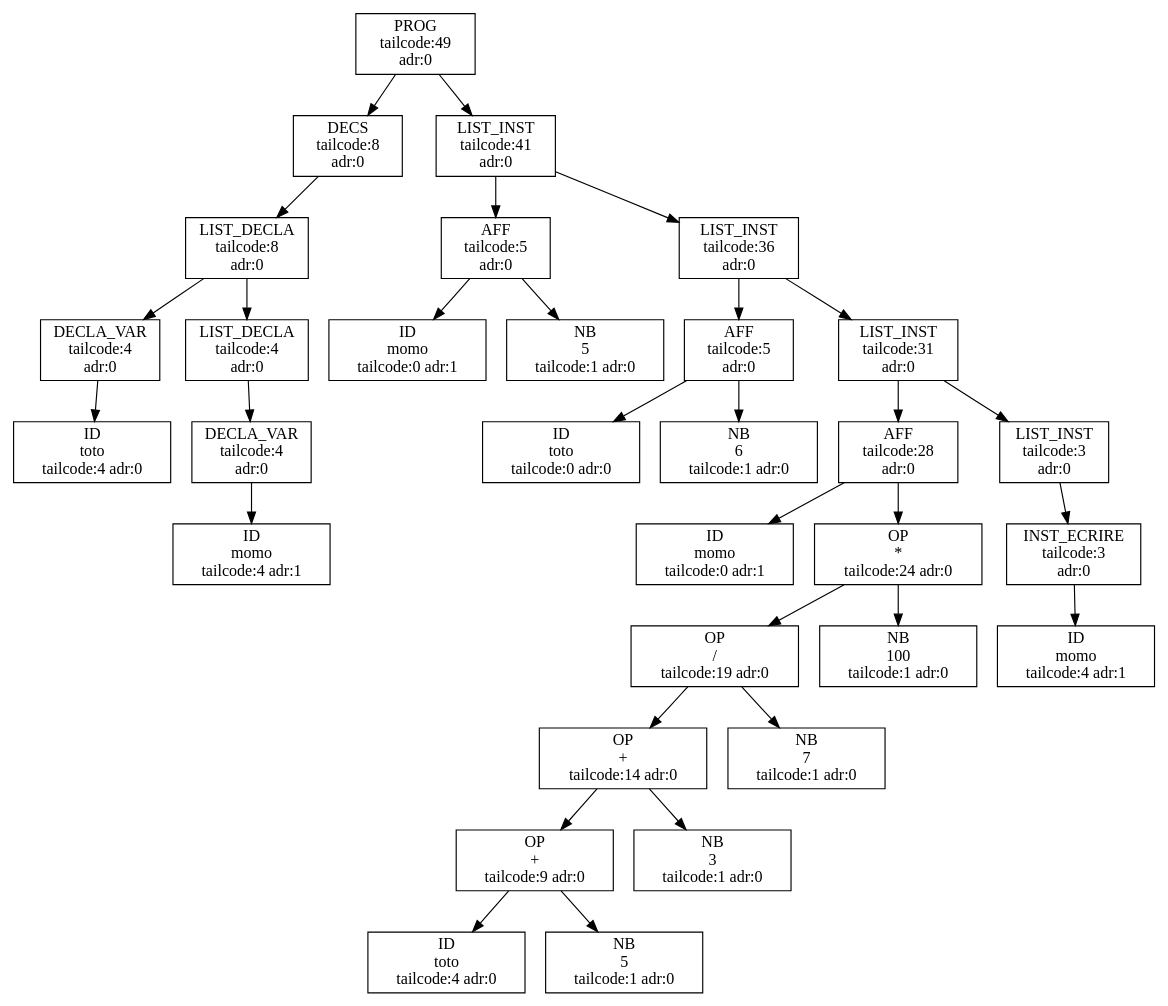
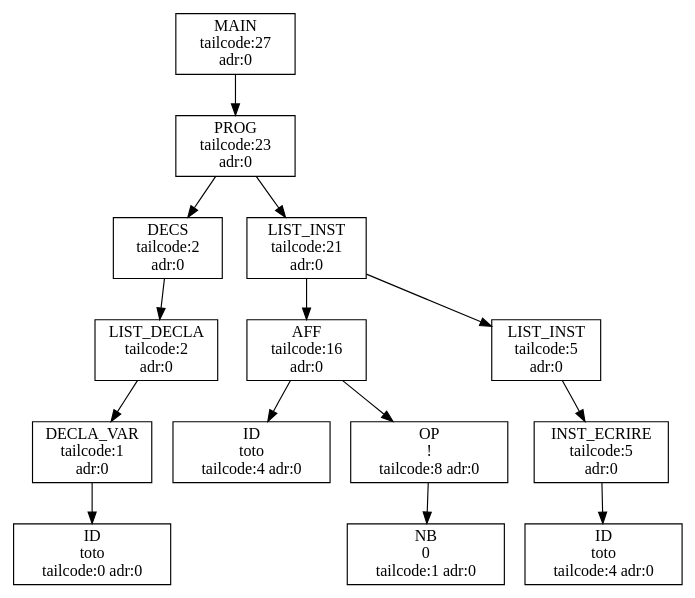
The diagram in out/output.dot (aswailem195/Projet-ARC--Algo-RAM-Compiler--20231213), drawn with Graphviz before and after one commit. The commit also changed 22 other files, not shown here.

```diff
--- a/out/output.dot
+++ b/out/output.dot
@@ -1,108 +1,52 @@
 digraph ASA {
-node0x55aacb81de70 [label="PROG
- tailcode:49 
+node0x56100f620a30 [label="MAIN
+ tailcode:27 
  adr:0 \n", shape=box];
-node0x55aacb81de70 -> node0x55aacb81d870;
-node0x55aacb81d870 [label="DECS
- tailcode:8 
+node0x56100f620a30 -> node0x56100f6209f0;
+node0x56100f6209f0 [label="PROG
+ tailcode:23 
  adr:0 \n", shape=box];
-node0x55aacb81d870 -> node0x55aacb81d830;
-node0x55aacb81d830 [label="LIST_DECLA
- tailcode:8 
+node0x56100f6209f0 -> node0x56100f6207b0;
+node0x56100f6207b0 [label="DECS
+ tailcode:2 
  adr:0 \n", shape=box];
-node0x55aacb81d830 -> node0x55aacb81d6f0;
-node0x55aacb81d6f0 [label="DECLA_VAR
- tailcode:4 
+node0x56100f6207b0 -> node0x56100f620770;
+node0x56100f620770 [label="LIST_DECLA
+ tailcode:2 
  adr:0 \n", shape=box];
-node0x55aacb81d6f0 -> node0x55aacb81d730;
-node0x55aacb81d730 [label="ID\ntoto
+node0x56100f620770 -> node0x56100f6206f0;
+node0x56100f6206f0 [label="DECLA_VAR
+ tailcode:1 
+ adr:0 \n", shape=box];
+node0x56100f6206f0 -> node0x56100f620730;
+node0x56100f620730 [label="ID\ntoto
+ tailcode:0 adr:0 \n", shape=box];
+node0x56100f6209f0 -> node0x56100f6209b0;
+node0x56100f6209b0 [label="LIST_INST
+ tailcode:21 
+ adr:0 \n", shape=box];
+node0x56100f6209b0 -> node0x56100f620870;
+node0x56100f620870 [label="AFF
+ tailcode:16 
+ adr:0 \n", shape=box];
+node0x56100f620870 -> node0x56100f6208b0;
+node0x56100f6208b0 [label="ID\ntoto
  tailcode:4 adr:0 \n", shape=box];
-node0x55aacb81d830 -> node0x55aacb81d7f0;
-node0x55aacb81d7f0 [label="LIST_DECLA
- tailcode:4 
- adr:0 \n", shape=box];
-node0x55aacb81d7f0 -> node0x55aacb81d770;
-node0x55aacb81d770 [label="DECLA_VAR
- tailcode:4 
- adr:0 \n", shape=box];
-node0x55aacb81d770 -> node0x55aacb81d7b0;
-node0x55aacb81d7b0 [label="ID\nmomo
- tailcode:4 adr:1 \n", shape=box];
-node0x55aacb81de70 -> node0x55aacb81de30;
-node0x55aacb81de30 [label="LIST_INST
- tailcode:41 
- adr:0 \n", shape=box];
-node0x55aacb81de30 -> node0x55aacb81d8f0;
-node0x55aacb81d8f0 [label="AFF
+node0x56100f620870 -> node0x56100f620830;
+node0x56100f620830 [label="OP\n! 
+ tailcode:8 adr:0 \n", shape=box];
+node0x56100f620830 -> node0x56100f6207f0;
+node0x56100f6207f0 [label="NB\n0 
+ tailcode:1 adr:0 \n", shape=box];
+node0x56100f6209b0 -> node0x56100f620970;
+node0x56100f620970 [label="LIST_INST
  tailcode:5 
  adr:0 \n", shape=box];
-node0x55aacb81d8f0 -> node0x55aacb81d930;
-node0x55aacb81d930 [label="ID\nmomo
- tailcode:0 adr:1 \n", shape=box];
-node0x55aacb81d8f0 -> node0x55aacb81d8b0;
-node0x55aacb81d8b0 [label="NB\n5 
- tailcode:1 adr:0 \n", shape=box];
-node0x55aacb81de30 -> node0x55aacb81ddf0;
-node0x55aacb81ddf0 [label="LIST_INST
- tailcode:36 
- adr:0 \n", shape=box];
-node0x55aacb81ddf0 -> node0x55aacb81d9b0;
-node0x55aacb81d9b0 [label="AFF
+node0x56100f620970 -> node0x56100f620930;
+node0x56100f620930 [label="INST_ECRIRE
  tailcode:5 
  adr:0 \n", shape=box];
-node0x55aacb81d9b0 -> node0x55aacb81d9f0;
-node0x55aacb81d9f0 [label="ID\ntoto
- tailcode:0 adr:0 \n", shape=box];
-node0x55aacb81d9b0 -> node0x55aacb81d970;
-node0x55aacb81d970 [label="NB\n6 
- tailcode:1 adr:0 \n", shape=box];
-node0x55aacb81ddf0 -> node0x55aacb81ddb0;
-node0x55aacb81ddb0 [label="LIST_INST
- tailcode:31 
- adr:0 \n", shape=box];
-node0x55aacb81ddb0 -> node0x55aacb81dc70;
-node0x55aacb81dc70 [label="AFF
- tailcode:28 
- adr:0 \n", shape=box];
-node0x55aacb81dc70 -> node0x55aacb81dcb0;
-node0x55aacb81dcb0 [label="ID\nmomo
- tailcode:0 adr:1 \n", shape=box];
-node0x55aacb81dc70 -> node0x55aacb81dc30;
-node0x55aacb81dc30 [label="OP\n* 
- tailcode:24 adr:0 \n", shape=box];
-node0x55aacb81dc30 -> node0x55aacb81dbb0;
-node0x55aacb81dbb0 [label="OP\n/ 
- tailcode:19 adr:0 \n", shape=box];
-node0x55aacb81dbb0 -> node0x55aacb81db30;
-node0x55aacb81db30 [label="OP\n+ 
- tailcode:14 adr:0 \n", shape=box];
-node0x55aacb81db30 -> node0x55aacb81dab0;
-node0x55aacb81dab0 [label="OP\n+ 
- tailcode:9 adr:0 \n", shape=box];
-node0x55aacb81dab0 -> node0x55aacb81da30;
-node0x55aacb81da30 [label="ID\ntoto
+node0x56100f620930 -> node0x56100f6208f0;
+node0x56100f6208f0 [label="ID\ntoto
  tailcode:4 adr:0 \n", shape=box];
-node0x55aacb81dab0 -> node0x55aacb81da70;
-node0x55aacb81da70 [label="NB\n5 
- tailcode:1 adr:0 \n", shape=box];
-node0x55aacb81db30 -> node0x55aacb81daf0;
-node0x55aacb81daf0 [label="NB\n3 
- tailcode:1 adr:0 \n", shape=box];
-node0x55aacb81dbb0 -> node0x55aacb81db70;
-node0x55aacb81db70 [label="NB\n7 
- tailcode:1 adr:0 \n", shape=box];
-node0x55aacb81dc30 -> node0x55aacb81dbf0;
-node0x55aacb81dbf0 [label="NB\n100 
- tailcode:1 adr:0 \n", shape=box];
-node0x55aacb81ddb0 -> node0x55aacb81dd70;
-node0x55aacb81dd70 [label="LIST_INST
- tailcode:3 
- adr:0 \n", shape=box];
-node0x55aacb81dd70 -> node0x55aacb81dd30;
-node0x55aacb81dd30 [label="INST_ECRIRE
- tailcode:3 
- adr:0 \n", shape=box];
-node0x55aacb81dd30 -> node0x55aacb81dcf0;
-node0x55aacb81dcf0 [label="ID\nmomo
- tailcode:4 adr:1 \n", shape=box];
 }
```
